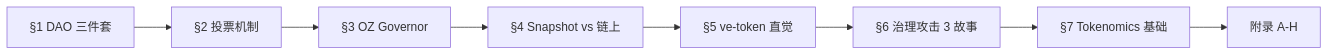
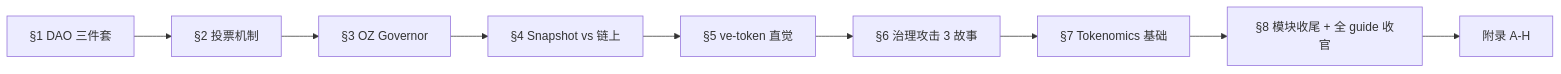
Before and after one commit to ChuwuYo/misc-files: the first of 4 diagrams in web3-engineer-guide/15-DAO治理与Tokenomics/README.md, drawn with Mermaid. The commit also changed other lines of this file and 11 other files, not shown here.

````diff
--- a/web3-engineer-guide/15-DAO治理与Tokenomics/README.md
+++ b/web3-engineer-guide/15-DAO治理与Tokenomics/README.md
@@ -13,10 +15,11 @@
 ```mermaid
 graph LR
     A[§1 DAO 三件套] --> B[§2 投票机制]
     B --> C[§3 OZ Governor]
     C --> D[§4 Snapshot vs 链上]
     D --> E[§5 ve-token 直觉]
     E --> F[§6 治理攻击 3 故事]
     F --> G[§7 Tokenomics 基础]
-    G --> Z[附录 A-H]
+    G --> H[§8 模块收尾 + 全 guide 收官]
+    H --> Z[附录 A-H]
 ```
````
